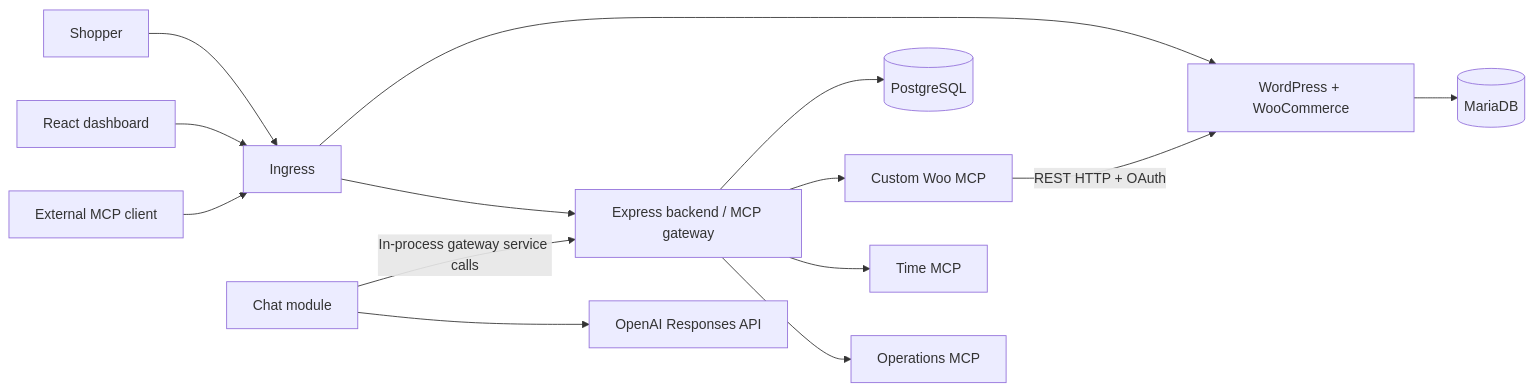
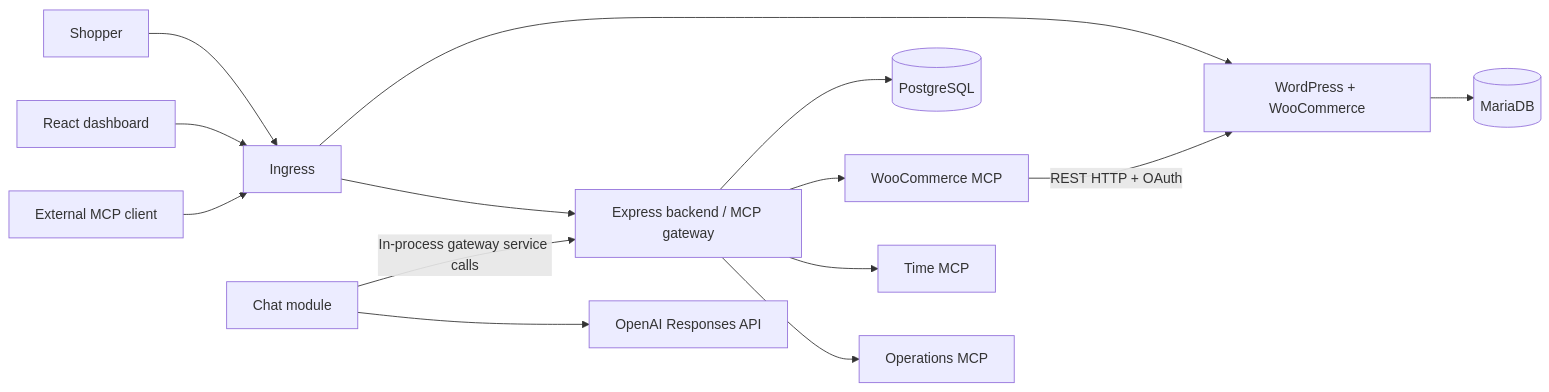
One commit to Deep-Axe/StoreLink changed the diagram in docs/system-design.md. Above: the diagram before and after it, drawn with Mermaid. The commit also changed other lines of this file and 7 other files, not shown here.

````diff
--- a/docs/system-design.md
+++ b/docs/system-design.md
@@ -5,16 +5,16 @@
 ```mermaid
 flowchart LR
   Shopper --> Ingress
   Browser[React dashboard] --> Ingress
   External[External MCP client] --> Ingress
   Ingress --> WP[WordPress + WooCommerce]
   Ingress --> Backend[Express backend / MCP gateway]
   Backend --> PG[(PostgreSQL)]
   WP --> Maria[(MariaDB)]
-  Backend --> Woo[Custom Woo MCP]
+  Backend --> Woo[WooCommerce MCP]
   Backend --> Time[Time MCP]
   Backend --> Ops[Operations MCP]
   Woo -->|REST HTTP + OAuth| WP
   Chat[Chat module] -->|In-process gateway service calls| Backend
   Chat --> OpenAI[OpenAI Responses API]
 ```
````
